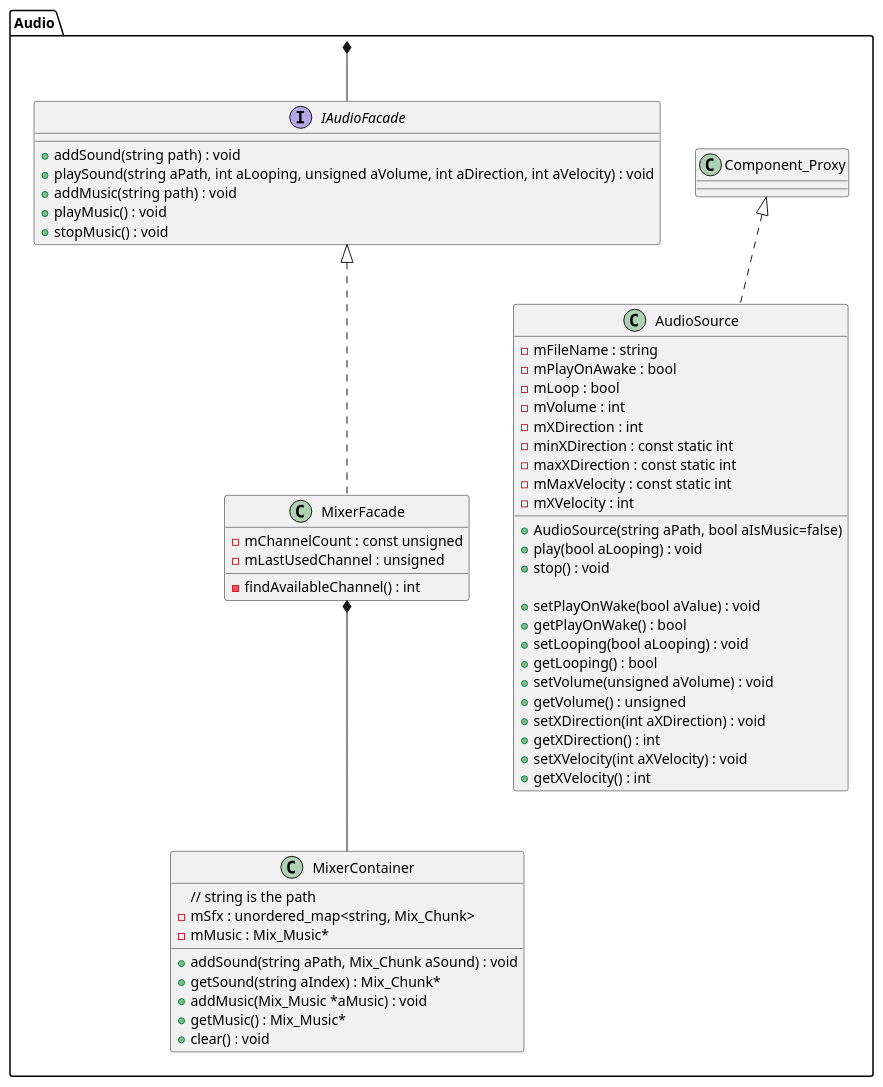
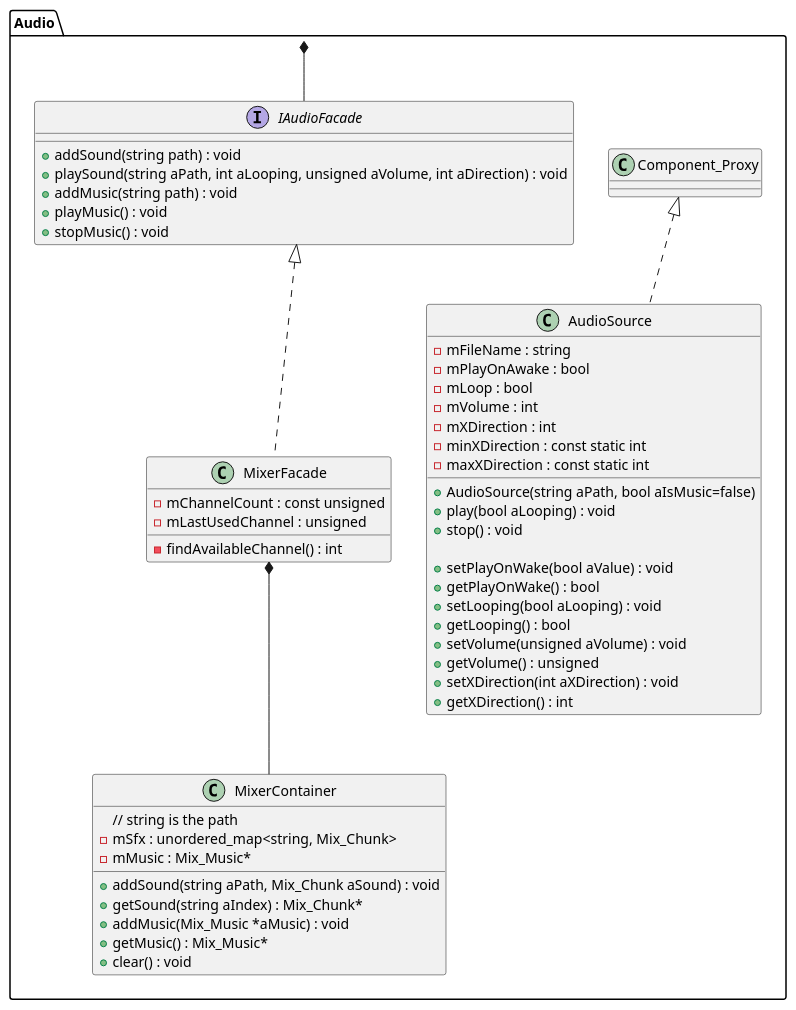
The diagram in docs/Diagrams/classDiagramPackages/audioPackage.puml (Seger01/GameEngine), drawn with PlantUML before and after one commit.

Commit message:
Audio design: removed velocity

```diff
--- a/docs/Diagrams/classDiagramPackages/audioPackage.puml
+++ b/docs/Diagrams/classDiagramPackages/audioPackage.puml
@@ -1,76 +1,59 @@
 @startuml audioPackageClassDiagram
 
 package Audio{
     class Component_Proxy {}
 
 class AudioSource implements Component_Proxy{
     - mFileName : string
     - mPlayOnAwake : bool
     - mLoop : bool
     - mVolume : int
     - mXDirection : int
     - minXDirection : const static int
     - maxXDirection : const static int
-    - mMaxVelocity : const static int
-    - mXVelocity : int
     + AudioSource(string aPath, bool aIsMusic=false)
     + play(bool aLooping) : void
     + stop() : void 
 
     + setPlayOnWake(bool aValue) : void
     + getPlayOnWake() : bool
     + setLooping(bool aLooping) : void
     + getLooping() : bool
     + setVolume(unsigned aVolume) : void
     + getVolume() : unsigned
     + setXDirection(int aXDirection) : void
     + getXDirection() : int
-    + setXVelocity(int aXVelocity) : void
-    + getXVelocity() : int
 }
 
 interface IAudioFacade {
     + addSound(string path) : void
-    + playSound(string aPath, int aLooping, unsigned aVolume, int aDirection, int aVelocity) : void
+    + playSound(string aPath, int aLooping, unsigned aVolume, int aDirection) : void
     + addMusic(string path) : void
     + playMusic() : void
     + stopMusic() : void
 }
-
-'This class is probably useless, because the path can be retrieved directly from the audiosource. The actual functionality it was intended for can be found in the MixerContainer::mSfx
-' class ComponentPathPair {
-'     - mComponent : const AudioSource&
-'     - mPath : const string
-' }
 
 class MixerFacade implements IAudioFacade {
     - mChannelCount : const unsigned
     - mLastUsedChannel : unsigned
     - findAvailableChannel() : int
 }
 
 class MixerContainer {
     // string is the path
     - mSfx : unordered_map<string, Mix_Chunk>
     - mMusic : Mix_Music*
     + addSound(string aPath, Mix_Chunk aSound) : void
     + getSound(string aIndex) : Mix_Chunk*
     + addMusic(Mix_Music *aMusic) : void
     + getMusic() : Mix_Music*
     + clear() : void
 }
 
-' class AudioResourceManager {
-'     - mPaths : vector<ComponentPathPair>
-'     + getPath(const AudioSource&) : string
-' }
-
 MixerFacade *-- MixerContainer
-'AudioResourceManager *--"*" ComponentPathPair
 
 }
 
 Audio *--IAudioFacade
-'Audio *-- AudioResourceManager
 
 @enduml
```
